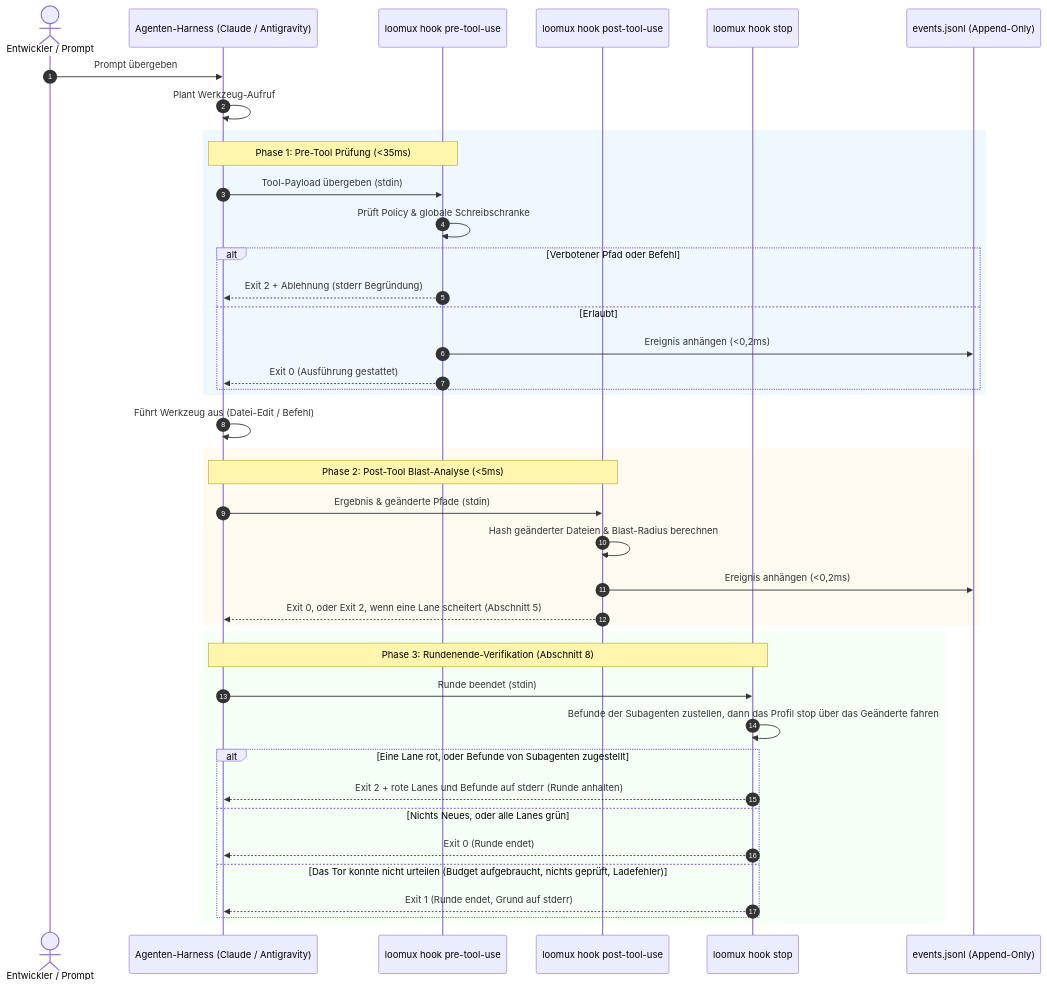
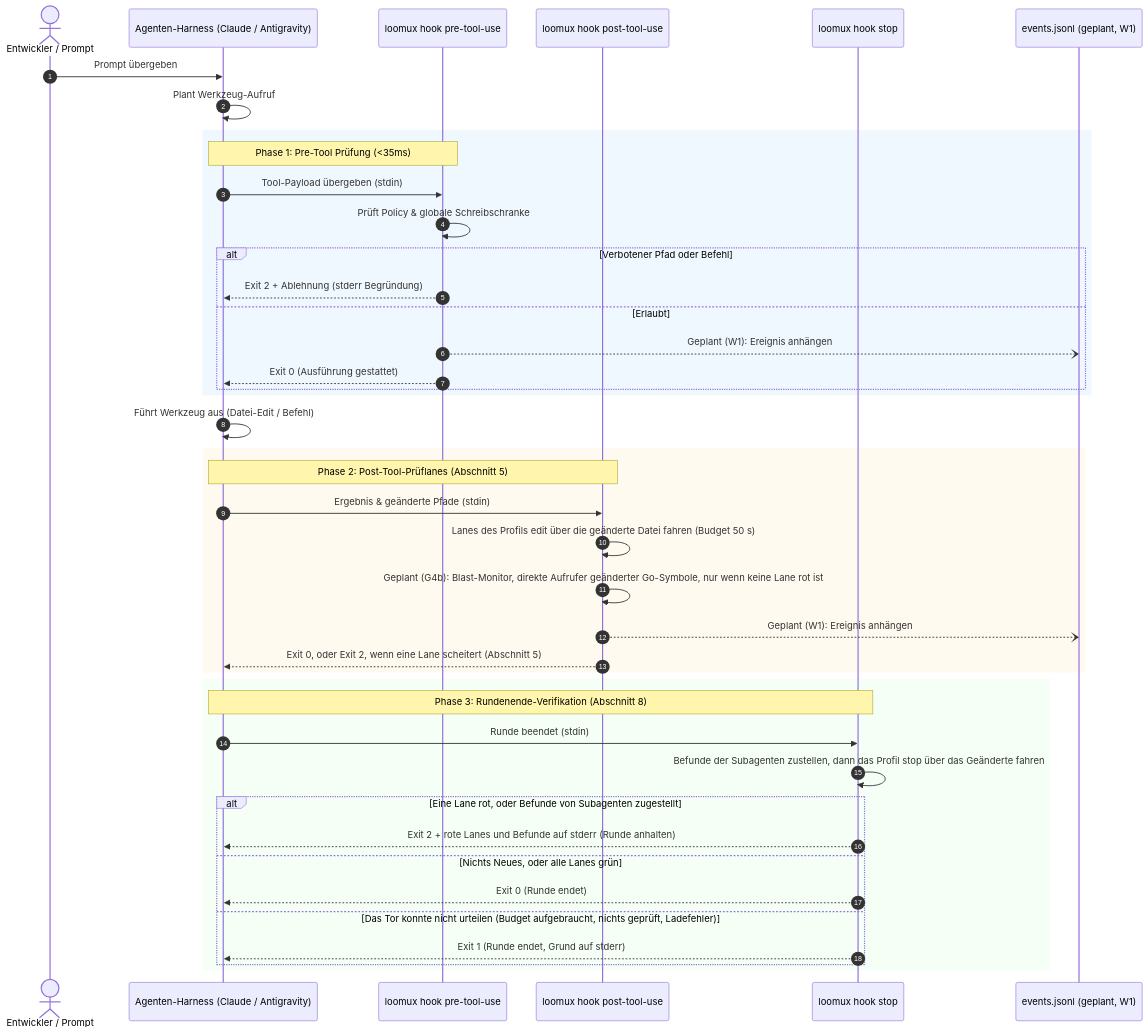
The first of 3 diagrams in docs/de/hooks.md (xidus90/loomux), drawn with Mermaid before and after one commit. The commit also changed other lines of this file and 9 other files, not shown here.

````diff
--- a/docs/de/hooks.md
+++ b/docs/de/hooks.md
@@ -11,48 +11,49 @@
 ```mermaid
 sequenceDiagram
     autonumber
     actor Dev as Entwickler / Prompt
     participant Host as Agenten-Harness (Claude / Antigravity)
     participant Pre as loomux hook pre-tool-use
     participant Post as loomux hook post-tool-use
     participant Stop as loomux hook stop
-    participant Journal as events.jsonl (Append-Only)
+    participant Journal as events.jsonl (geplant, W1)
 
     Dev->>Host: Prompt übergeben
     Host->>Host: Plant Werkzeug-Aufruf
 
     rect rgb(240, 248, 255)
     Note over Host,Pre: Phase 1: Pre-Tool Prüfung (<35ms)
     Host->>Pre: Tool-Payload übergeben (stdin)
     Pre->>Pre: Prüft Policy & globale Schreibschranke
     alt Verbotener Pfad oder Befehl
         Pre-->>Host: Exit 2 + Ablehnung (stderr Begründung)
     else Erlaubt
-        Pre->>Journal: Ereignis anhängen (<0,2ms)
+        Pre--)Journal: Geplant (W1): Ereignis anhängen
         Pre-->>Host: Exit 0 (Ausführung gestattet)
     end
     end
 
     Host->>Host: Führt Werkzeug aus (Datei-Edit / Befehl)
 
     rect rgb(255, 250, 240)
-    Note over Host,Post: Phase 2: Post-Tool Blast-Analyse (<5ms)
+    Note over Host,Post: Phase 2: Post-Tool-Prüflanes (Abschnitt 5)
     Host->>Post: Ergebnis & geänderte Pfade (stdin)
-    Post->>Post: Hash geänderter Dateien & Blast-Radius berechnen
-    Post->>Journal: Ereignis anhängen (<0,2ms)
+    Post->>Post: Lanes des Profils edit über die geänderte Datei fahren (Budget 50 s)
+    Post->>Post: Geplant (G4b): Blast-Monitor, direkte Aufrufer geänderter Go-Symbole, nur wenn keine Lane rot ist
+    Post--)Journal: Geplant (W1): Ereignis anhängen
     Post-->>Host: Exit 0, oder Exit 2, wenn eine Lane scheitert (Abschnitt 5)
     end
 
     rect rgb(245, 255, 245)
     Note over Host,Stop: Phase 3: Rundenende-Verifikation (Abschnitt 8)
     Host->>Stop: Runde beendet (stdin)
     Stop->>Stop: Befunde der Subagenten zustellen, dann das Profil stop über das Geänderte fahren
     alt Eine Lane rot, oder Befunde von Subagenten zugestellt
         Stop-->>Host: Exit 2 + rote Lanes und Befunde auf stderr (Runde anhalten)
     else Nichts Neues, oder alle Lanes grün
         Stop-->>Host: Exit 0 (Runde endet)
     else Das Tor konnte nicht urteilen (Budget aufgebraucht, nichts geprüft, Ladefehler)
         Stop-->>Host: Exit 1 (Runde endet, Grund auf stderr)
     end
     end
 ```
````
